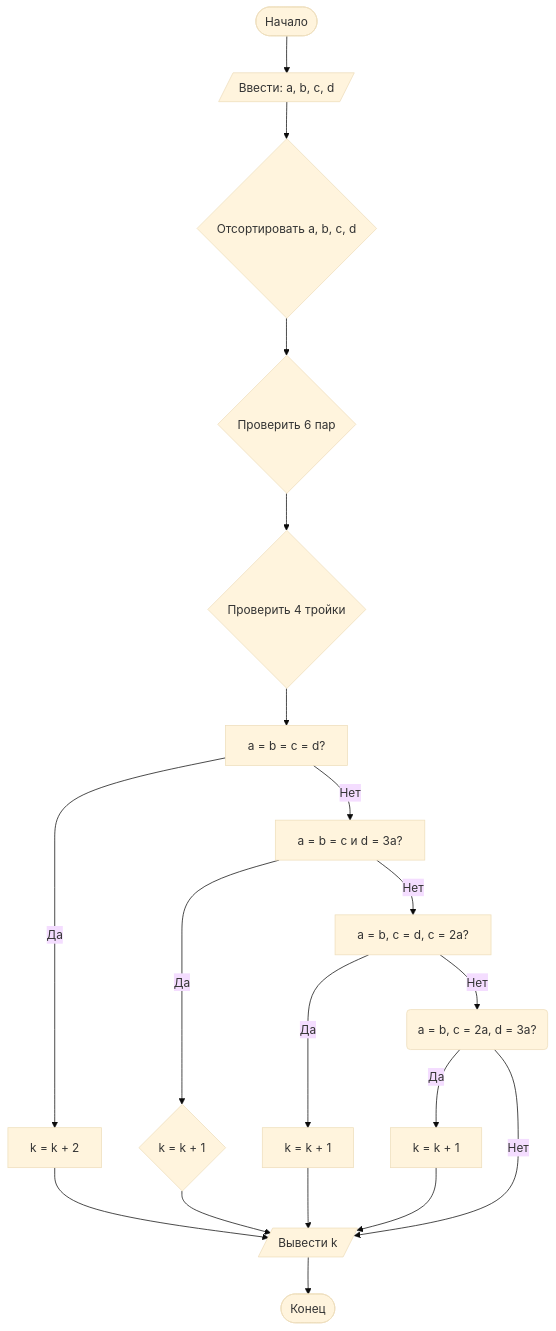
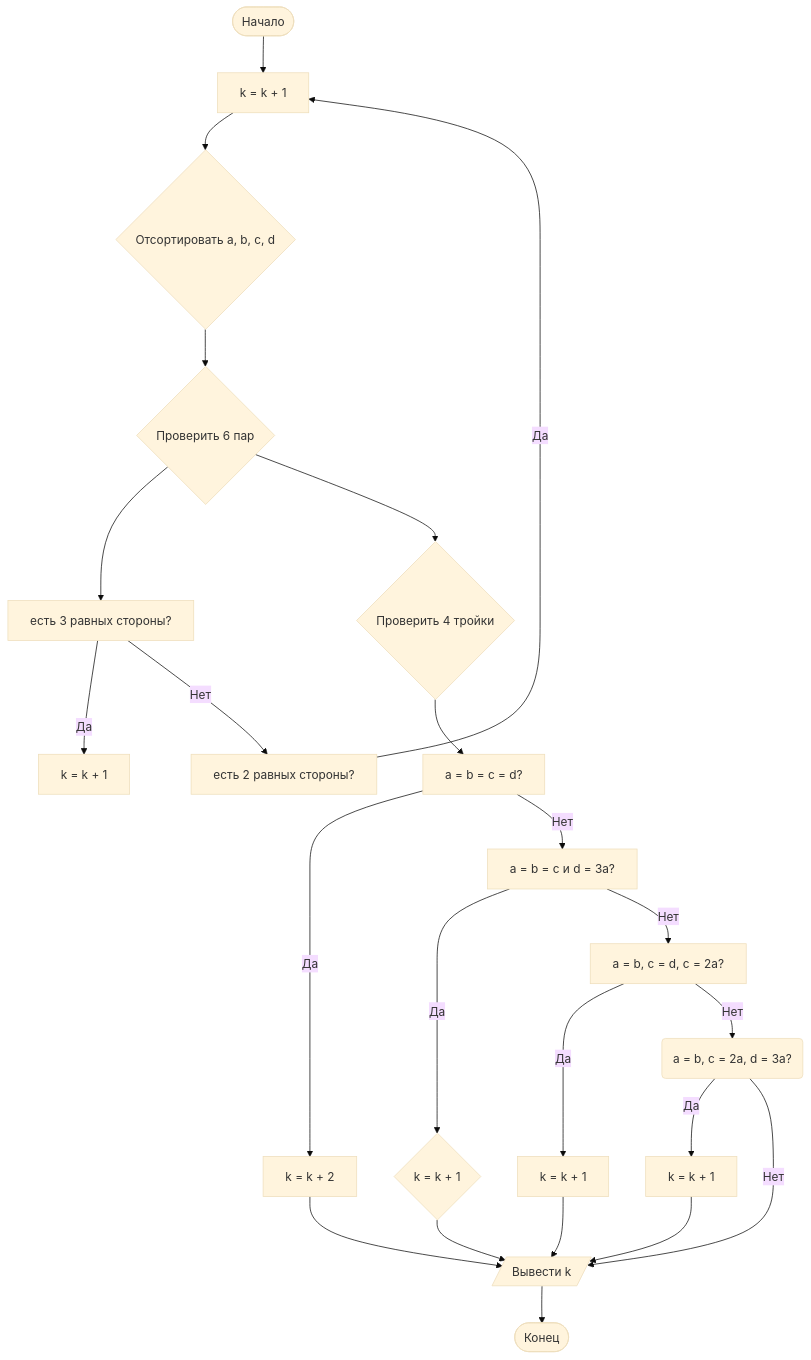
Before and after one commit to andreyka239/Lab1: the diagram in Lab1/description.md, drawn with Mermaid (base theme). The commit also changed other lines of this file, not shown here.

````diff
--- a/Lab1/description.md
+++ b/Lab1/description.md
@@ -137,21 +137,25 @@
 ```mermaid
 graph TD
         A([Начало]) --> B[/Ввести: a, b, c, d/]
         B --> C{Отсортировать a, b, c, d}
         C --> D{Проверить 6 пар}
+        D --> Y[есть 3 равных стороны?]
+        Y -- Да --> P[k = k + 1]
+        Y -- Нет --> Q[есть 2 равных стороны?]
+        Q -- Да --> B[k = k + 1]
         D --> E{Проверить 4 тройки}
         E --> F[a = b = c = d?]
         F -- Да --> G[k = k + 2]
         F -- Нет --> H[a = b = c и d = 3a?]
         H -- Да --> I{k = k + 1}
         H -- Нет --> J[a = b, c = d, c = 2a?]
         J -- Да --> K[k = k + 1]
         J -- Нет --> L(a = b, c = 2a, d = 3a?)
         L -- Да --> M[k = k + 1]
         L -- Нет --> N[/Вывести k/]
         G --> N
         I --> N
         K --> N
         M --> N
         N --> O([Конец])
 ```
````
